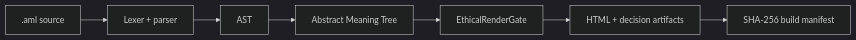
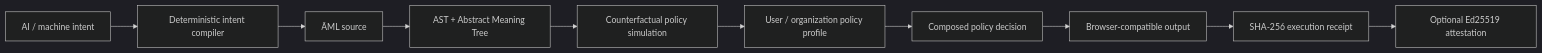
One commit to aruintelligence/aml-core changed the diagram in README.md. Above: the diagram before and after it, drawn with Mermaid (dark theme). The commit also changed other lines of this file, not shown here.

Commit message:
Promote AML v1.2 accountable AI execution architecture

````diff
--- a/README.md
+++ b/README.md
@@ -63,9 +22,12 @@
 ```mermaid
 flowchart LR
-    A[".aml source"] --> B["Lexer + parser"]
-    B --> C["AST"]
-    C --> D["Abstract Meaning Tree"]
-    D --> E["EthicalRenderGate"]
-    E --> F["HTML + decision artifacts"]
-    F --> G["SHA-256 build manifest"]
+    A["AI / machine intent"] --> B["Deterministic intent compiler"]
+    B --> C["ĀML source"]
+    C --> D["AST + Abstract Meaning Tree"]
+    D --> E["Counterfactual policy simulation"]
+    E --> F["User / organization policy profile"]
+    F --> G["Composed policy decision"]
+    G --> H["Browser-compatible output"]
+    H --> I["SHA-256 execution receipt"]
+    I --> J["Optional Ed25519 attestation"]
 ```
````
